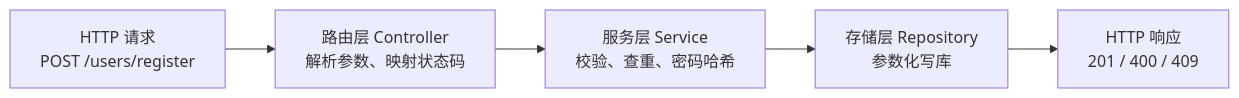
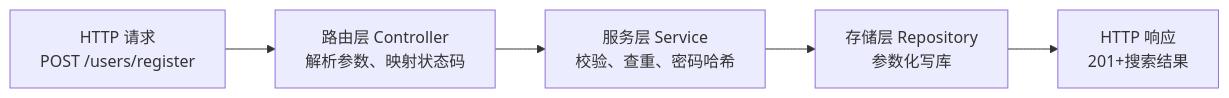
One commit to a76854/eng-practice-book changed the diagram in book/backend_development/backend_synthesis/index.md. Above: the diagram before and after it, drawn with Mermaid. The commit also changed other lines of this file and 40 other files, not shown here.

````diff
--- a/book/backend_development/backend_synthesis/index.md
+++ b/book/backend_development/backend_synthesis/index.md
@@ -20,7 +20,7 @@
 ```{mermaid}
 flowchart LR
     A["HTTP 请求<br/>POST /users/register"] --> C["路由层 Controller<br/>解析参数、映射状态码"]
     C --> S["服务层 Service<br/>校验、查重、密码哈希"]
     S --> R["存储层 Repository<br/>参数化写库"]
-    R --> E["HTTP 响应<br/>201 / 400 / 409"]
+    R --> E["HTTP 响应<br/>201+搜索结果"]
 ```
````
